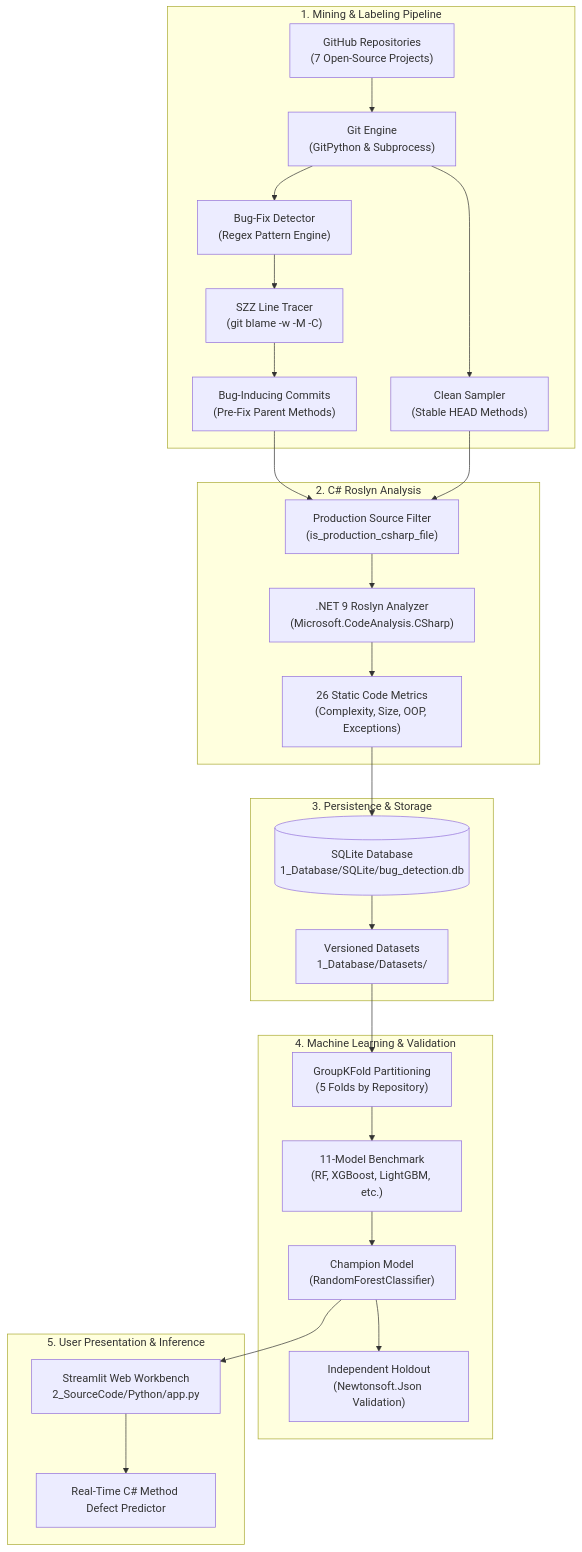
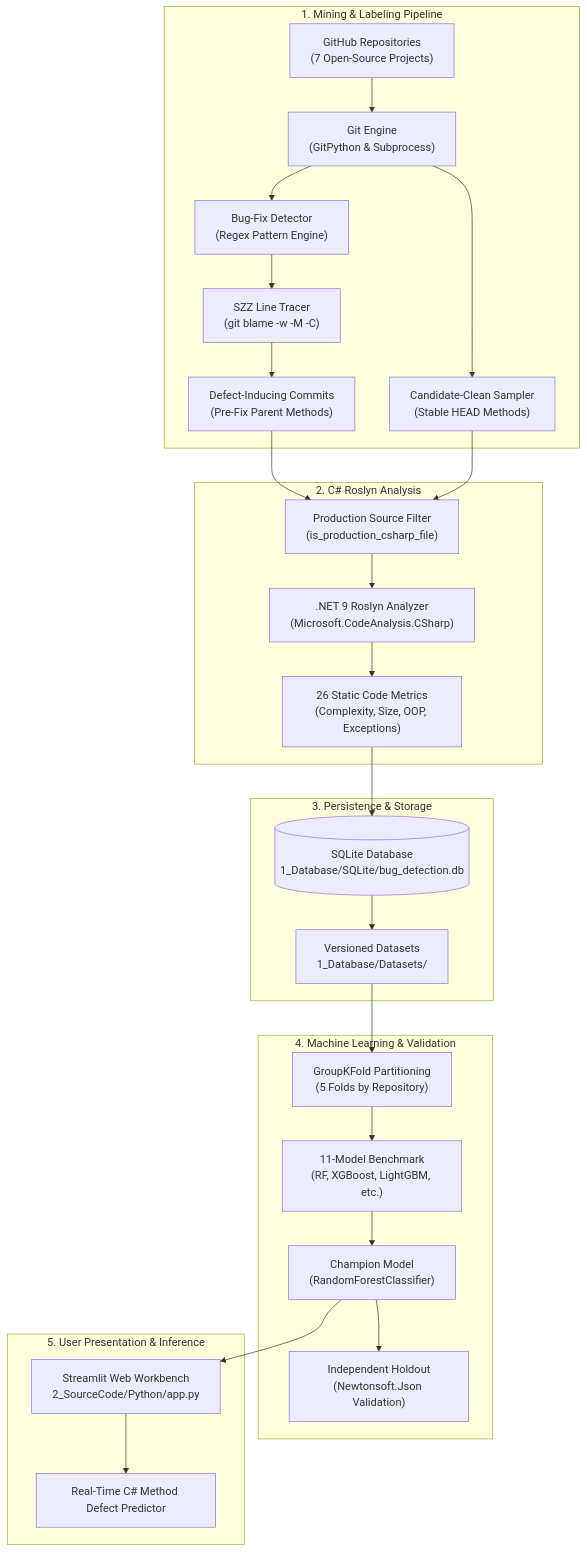
One commit to BogdanCTU/Applied-Computational-Intelligence-UBB changed the diagram in Year2_Semester1_ComputationalIntelligenceSoftwareEngineering/CISE_Project2/5_Documentation/01_Architecture/SYSTEM_ARCHITECTURE.md. Above: the diagram before and after it, drawn with Mermaid. The commit also changed other lines of this file and 41 other files, not shown here.

````diff
--- a/Year2_Semester1_ComputationalIntelligenceSoftwareEngineering/CISE_Project2/5_Documentation/01_Architecture/SYSTEM_ARCHITECTURE.md
+++ b/Year2_Semester1_ComputationalIntelligenceSoftwareEngineering/CISE_Project2/5_Documentation/01_Architecture/SYSTEM_ARCHITECTURE.md
@@ -14,34 +14,34 @@
 ```mermaid
 flowchart TD
     subgraph Mining["1. Mining & Labeling Pipeline"]
         GH["GitHub Repositories<br/>(7 Open-Source Projects)"] --> GitClone["Git Engine<br/>(GitPython & Subprocess)"]
         GitClone --> BF["Bug-Fix Detector<br/>(Regex Pattern Engine)"]
         BF --> SZZ["SZZ Line Tracer<br/>(git blame -w -M -C)"]
-        SZZ --> BIC["Bug-Inducing Commits<br/>(Pre-Fix Parent Methods)"]
-        GitClone --> HEAD["Clean Sampler<br/>(Stable HEAD Methods)"]
+        SZZ --> BIC["Defect-Inducing Commits<br/>(Pre-Fix Parent Methods)"]
+        GitClone --> HEAD["Candidate-Clean Sampler<br/>(Stable HEAD Methods)"]
     end
 
     subgraph Analysis["2. C# Roslyn Analysis"]
         BIC --> Filter["Production Source Filter<br/>(is_production_csharp_file)"]
         HEAD --> Filter
         Filter --> Roslyn[".NET 9 Roslyn Analyzer<br/>(Microsoft.CodeAnalysis.CSharp)"]
         Roslyn --> Metrics["26 Static Code Metrics<br/>(Complexity, Size, OOP, Exceptions)"]
     end
 
     subgraph DataStore["3. Persistence & Storage"]
         Metrics --> SQLite[("SQLite Database<br/>1_Database/SQLite/bug_detection.db")]
         SQLite --> CSVEval["Versioned Datasets<br/>1_Database/Datasets/"]
     end
 
     subgraph ML["4. Machine Learning & Validation"]
         CSVEval --> GKF["GroupKFold Partitioning<br/>(5 Folds by Repository)"]
         GKF --> Benchmark["11-Model Benchmark<br/>(RF, XGBoost, LightGBM, etc.)"]
         Benchmark --> BestModel["Champion Model<br/>(RandomForestClassifier)"]
         BestModel --> Holdout["Independent Holdout<br/>(Newtonsoft.Json Validation)"]
     end
 
     subgraph App["5. User Presentation & Inference"]
         BestModel --> UI["Streamlit Web Workbench<br/>2_SourceCode/Python/app.py"]
         UI --> Realtime["Real-Time C# Method Defect Predictor"]
     end
 ```
````
